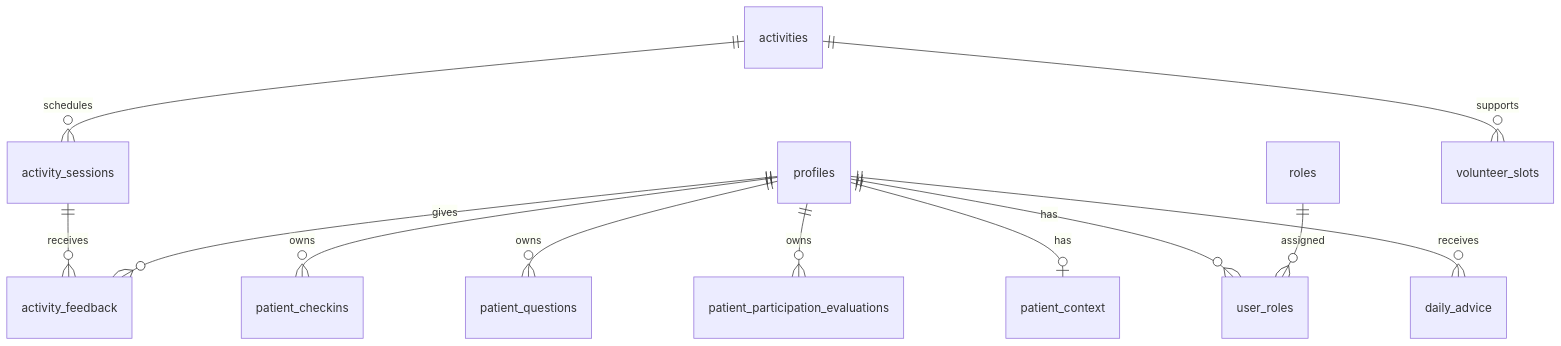
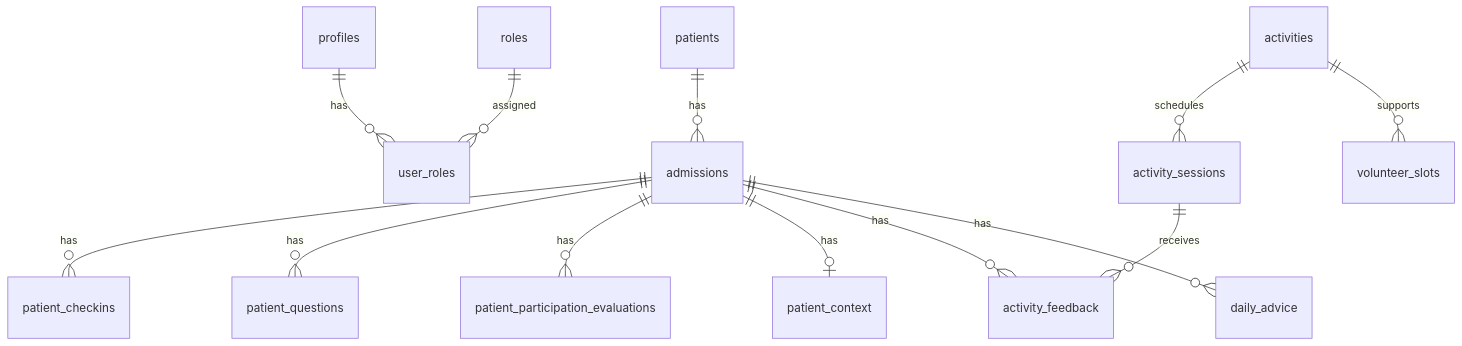
The diagram in docs/domain-model.md (MorikuMarieke/opname-buddy), drawn with Mermaid before and after one commit. The commit also changed other lines of this file and 1 other file, not shown here.

````diff
--- a/docs/domain-model.md
+++ b/docs/domain-model.md
@@ -421,14 +421,15 @@
 ```mermaid
 erDiagram
-  profiles ||--o{ patient_checkins : owns
-  profiles ||--o{ patient_questions : owns
-  profiles ||--o{ patient_participation_evaluations : owns
-  profiles ||--o| patient_context : has
   profiles ||--o{ user_roles : has
   roles ||--o{ user_roles : assigned
+  patients ||--o{ admissions : has
+  admissions ||--o{ patient_checkins : has
+  admissions ||--o{ patient_questions : has
+  admissions ||--o{ patient_participation_evaluations : has
+  admissions ||--o| patient_context : has
   activities ||--o{ activity_sessions : schedules
   activities ||--o{ volunteer_slots : supports
   activity_sessions ||--o{ activity_feedback : receives
-  profiles ||--o{ activity_feedback : gives
-  profiles ||--o{ daily_advice : receives
+  admissions ||--o{ activity_feedback : has
+  admissions ||--o{ daily_advice : has
 ```
````
